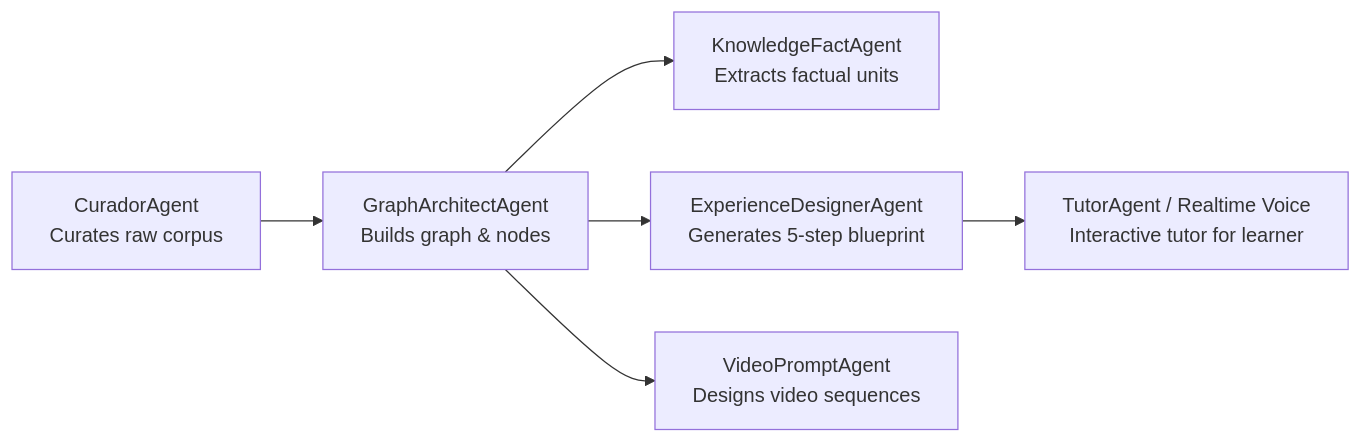
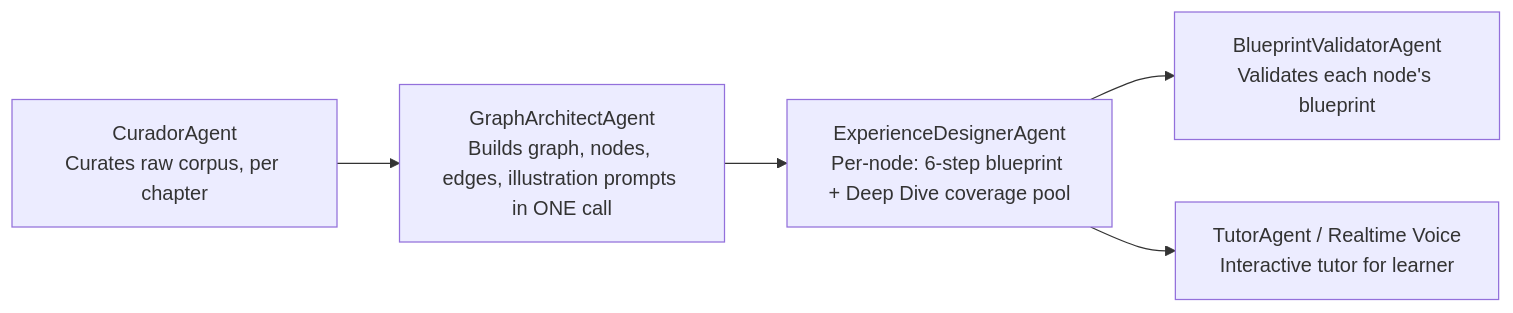
The fourth of 9 diagrams in ENGRAMS_SYSTEM_ARCHITECTURE.md (flatluna/humanos), drawn with Mermaid before and after one commit. The commit also changed other lines of this file and 52 other files, not shown here.

````diff
--- a/ENGRAMS_SYSTEM_ARCHITECTURE.md
+++ b/ENGRAMS_SYSTEM_ARCHITECTURE.md
@@ -125,8 +243,7 @@
 ```mermaid
 graph LR
-    Curador[CuradorAgent<br/>Curates raw corpus] --> GraphArch[GraphArchitectAgent<br/>Builds graph & nodes]
-    GraphArch --> FactAgent[KnowledgeFactAgent<br/>Extracts factual units]
-    GraphArch --> ExpAgent[ExperienceDesignerAgent<br/>Generates 5-step blueprint]
-    GraphArch --> VideoAgent[VideoPromptAgent<br/>Designs video sequences]
+    Curador[CuradorAgent<br/>Curates raw corpus, per chapter] --> GraphArch[GraphArchitectAgent<br/>Builds graph, nodes, edges, illustration prompts in ONE call]
+    GraphArch --> ExpAgent[ExperienceDesignerAgent<br/>Per-node: 6-step blueprint + Deep Dive coverage pool]
+    ExpAgent --> Validator[BlueprintValidatorAgent<br/>Validates each node's blueprint]
     ExpAgent --> Tutor[TutorAgent / Realtime Voice<br/>Interactive tutor for learner]
 ```
````
